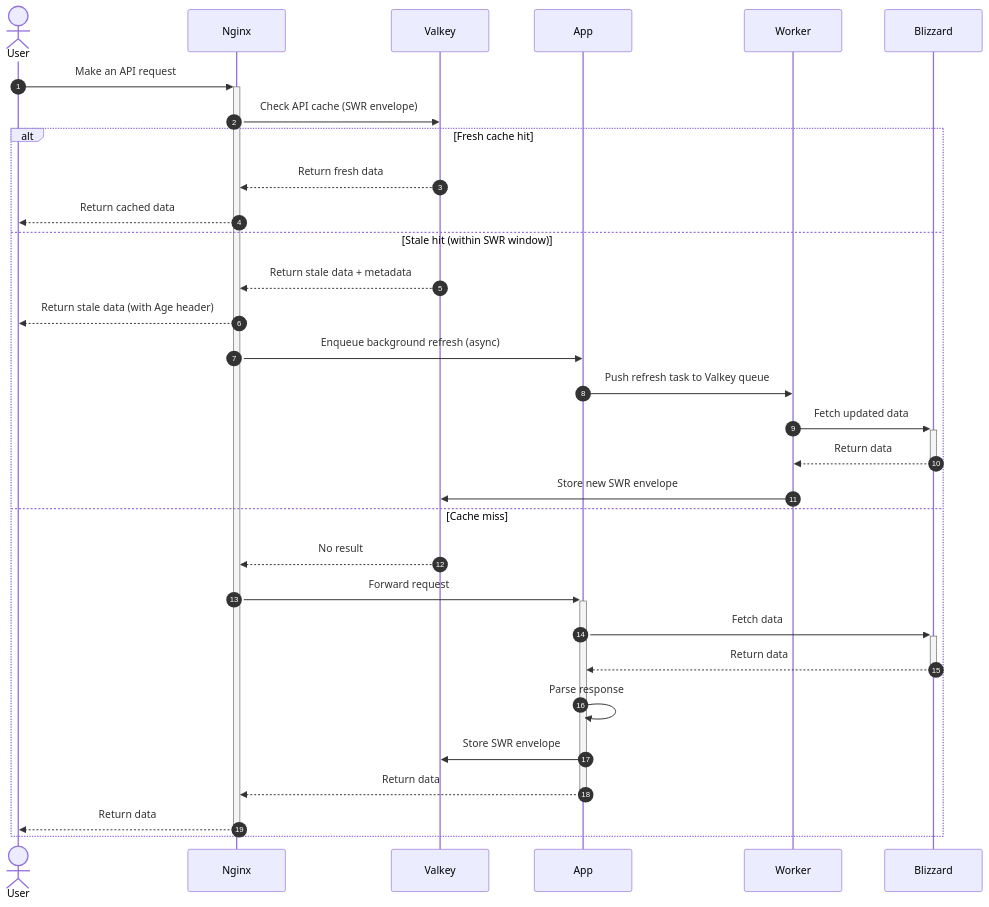
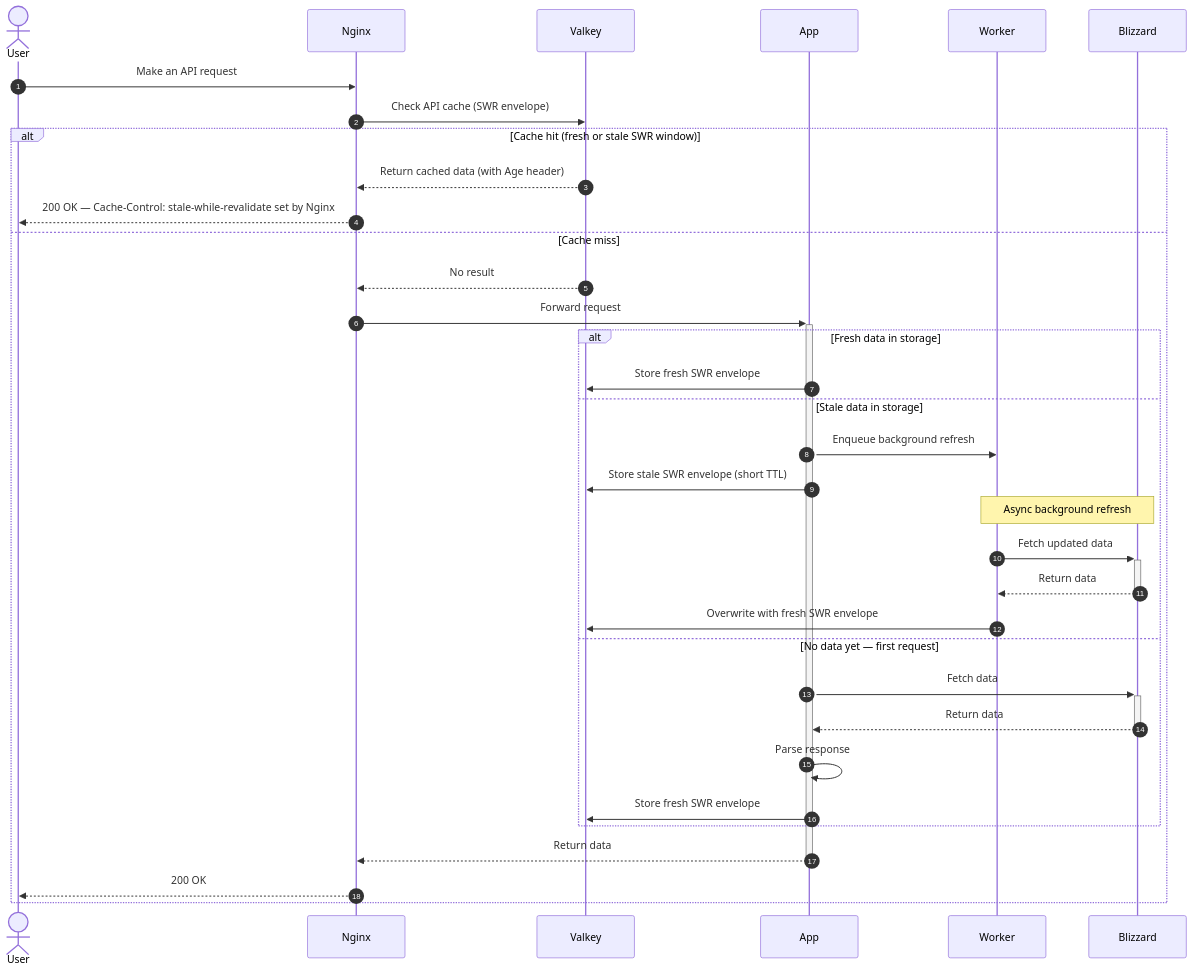
The first of 4 diagrams in README.md (TeKrop/overfast-api), drawn with Mermaid before and after one commit. The commit also changed other lines of this file and 4 other files, not shown here.

````diff
--- a/README.md
+++ b/README.md
@@ -132,35 +132,38 @@
 ```mermaid
 sequenceDiagram
     autonumber
     actor User
     participant Nginx
     participant Valkey
     participant App
     participant Worker
     participant Blizzard
 
-    User->>+Nginx: Make an API request
+    User->>Nginx: Make an API request
     Nginx->>Valkey: Check API cache (SWR envelope)
 
-    alt Fresh cache hit
-        Valkey-->>Nginx: Return fresh data
-        Nginx-->>User: Return cached data
-    else Stale hit (within SWR window)
-        Valkey-->>Nginx: Return stale data + metadata
-        Nginx-->>User: Return stale data (with Age header)
-        Nginx->>App: Enqueue background refresh (async)
-        App->>Worker: Push refresh task to Valkey queue
-        Worker->>+Blizzard: Fetch updated data
-        Blizzard-->>-Worker: Return data
-        Worker->>Valkey: Store new SWR envelope
+    alt Cache hit (fresh or stale SWR window)
+        Valkey-->>Nginx: Return cached data (with Age header)
+        Nginx-->>User: 200 OK — Cache-Control: stale-while-revalidate set by Nginx
     else Cache miss
         Valkey-->>Nginx: No result
         Nginx->>+App: Forward request
-        App->>+Blizzard: Fetch data
-        Blizzard-->>-App: Return data
-        App->>App: Parse response
-        App->>Valkey: Store SWR envelope
+        alt Fresh data in storage
+            App->>Valkey: Store fresh SWR envelope
+        else Stale data in storage
+            App->>Worker: Enqueue background refresh
+            App->>Valkey: Store stale SWR envelope (short TTL)
+            Note over Worker,Blizzard: Async background refresh
+            Worker->>+Blizzard: Fetch updated data
+            Blizzard-->>-Worker: Return data
+            Worker->>Valkey: Overwrite with fresh SWR envelope
+        else No data yet — first request
+            App->>+Blizzard: Fetch data
+            Blizzard-->>-App: Return data
+            App->>App: Parse response
+            App->>Valkey: Store fresh SWR envelope
+        end
         App-->>-Nginx: Return data
-        Nginx-->>-User: Return data
+        Nginx-->>User: 200 OK
     end
 ```
````
